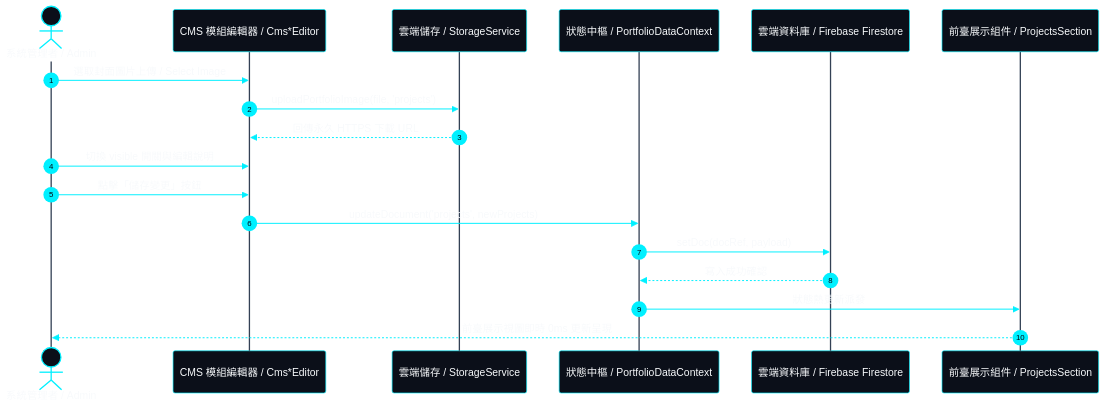
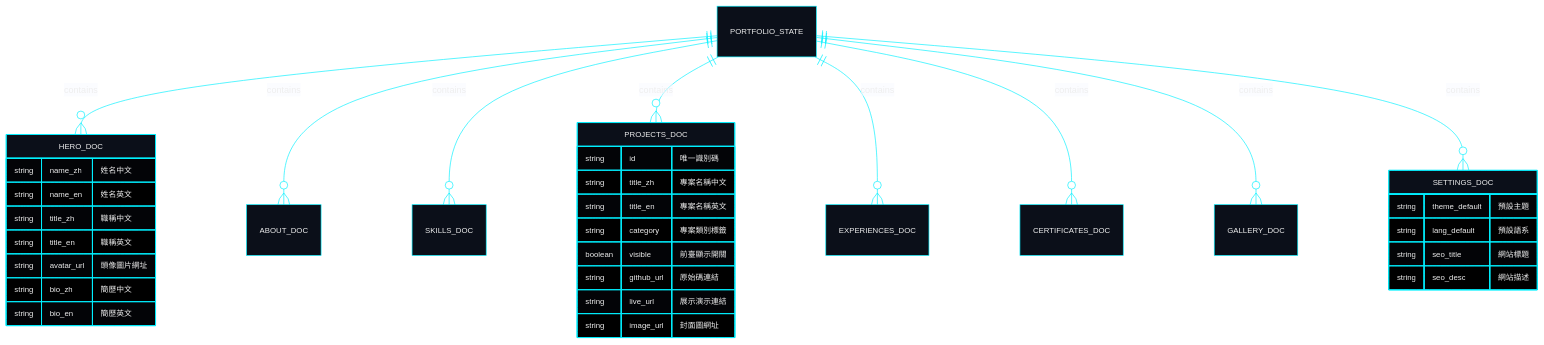
One commit to EricXJason/my-portfolio-website changed the third of 3 diagrams in README.md. Above: the diagram before and after it, drawn with Mermaid. The commit also changed other lines of this file, not shown here.

Commit message:
docs: align production readme with latest architecture and tech HUD

````diff
--- a/README.md
+++ b/README.md
@@ -179,40 +159,55 @@
 ```mermaid
 %%{init: {
   'theme': 'base',
   'themeVariables': {
     'darkMode': true,
     'background': '#030712',
-    'actorBkg': '#0b0f19',
-    'actorBorder': '#00f0ff',
-    'actorTextColor': '#f8fafc',
-    'actorLineColor': '#334155',
-    'signalColor': '#00f0ff',
-    'signalTextColor': '#f8fafc',
-    'labelBoxBkgColor': '#0b0f19',
-    'labelBoxBorderColor': '#334155',
-    'labelTextColor': '#f8fafc',
-    'noteBorderColor': '#00f0ff',
-    'noteBkgColor': '#08131e',
-    'noteTextColor': '#f8fafc'
+    'mainBkg': '#0b0f19',
+    'nodeBorder': '#00f0ff',
+    'textColor': '#f8fafc',
+    'lineColor': '#00f0ff',
+    'clusterBkg': '#060a14',
+    'clusterBorder': '#1e293b',
+    'titleColor': '#00f0ff',
+    'edgeLabelBackground': '#030712',
+    'fontSize': '12px'
   }
 }}%%
-sequenceDiagram
-    autonumber
-    actor Admin as 系統管理者 / Admin
-    participant CMS as CMS 模組編輯器 / Cms*Editor
-    participant Storage as 雲端儲存 / StorageService
-    participant Context as 狀態中樞 / PortfolioDataContext
-    participant Firestore as 雲端資料庫 / Firebase Firestore
-    participant View as 前臺展示組件 / ProjectsSection
+erDiagram
+    PORTFOLIO_STATE ||--o{ HERO_DOC : contains
+    PORTFOLIO_STATE ||--o{ ABOUT_DOC : contains
+    PORTFOLIO_STATE ||--o{ SKILLS_DOC : contains
+    PORTFOLIO_STATE ||--o{ PROJECTS_DOC : contains
+    PORTFOLIO_STATE ||--o{ EXPERIENCES_DOC : contains
+    PORTFOLIO_STATE ||--o{ CERTIFICATES_DOC : contains
+    PORTFOLIO_STATE ||--o{ GALLERY_DOC : contains
+    PORTFOLIO_STATE ||--o{ SETTINGS_DOC : contains
 
-    Admin->>CMS: 選取封面圖片上傳 / Select Image
-    CMS->>Storage: uploadPortfolioImage(file, 'projects')
-    Storage-->>CMS: 回傳永久 HTTPS 下載 URL
-    Admin->>CMS: 切換 visible 開關與編輯說明
-    Admin->>CMS: 點擊「儲存變更」按鈕
-    CMS->>Context: updateDocument('projects', newProjects)
-    Context->>Firestore: setDoc(docRef, payload)
-    Firestore-->>Context: 寫入成功確認
-    Context->>View: 狀態熱更新派發
-    View-->>Admin: 前臺展示視圖即時 0ms 更新呈現
+    HERO_DOC {
+        string name_zh "姓名中文"
+        string name_en "姓名英文"
+        string title_zh "職稱中文"
+        string title_en "職稱英文"
+        string avatar_url "頭像圖片網址"
+        string bio_zh "簡歷中文"
+        string bio_en "簡歷英文"
+    }
+
+    PROJECTS_DOC {
+        string id "唯一識別碼"
+        string title_zh "專案名稱中文"
+        string title_en "專案名稱英文"
+        string category "專案類別標籤"
+        boolean visible "前臺顯示開關"
+        string github_url "原始碼連結"
+        string live_url "展示演示連結"
+        string image_url "封面圖網址"
+    }
+
+    SETTINGS_DOC {
+        string theme_default "預設主題"
+        string lang_default "預設語系"
+        string seo_title "網站標題"
+        string seo_desc "網站描述"
+    }
 ```
````
